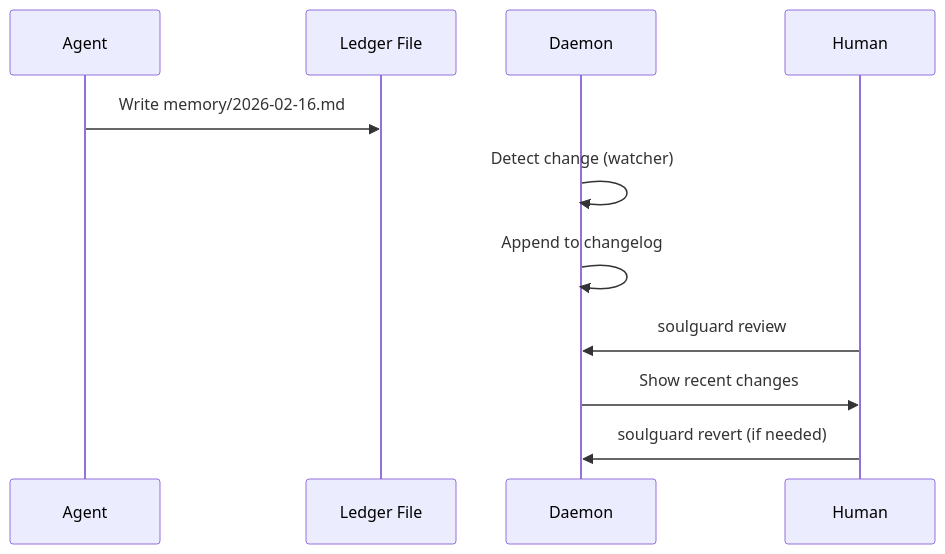
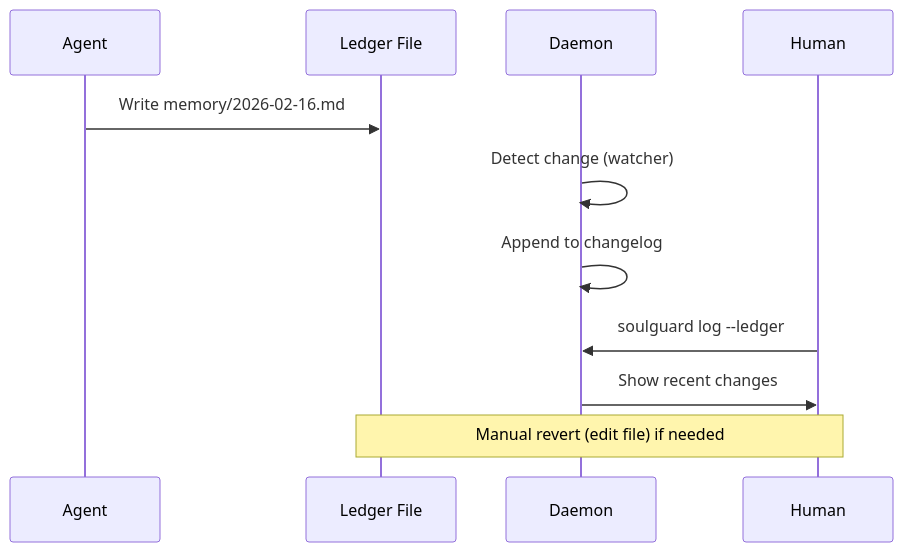
One commit to Mirascope/soulguard changed the fourth of 4 diagrams in DESIGN.md. Above: the diagram before and after it, drawn with Mermaid. The commit also changed other lines of this file and 3 other files, not shown here.

````diff
--- a/DESIGN.md
+++ b/DESIGN.md
@@ -364,14 +432,14 @@
 ```mermaid
 sequenceDiagram
     participant A as Agent
     participant L as Ledger File
     participant D as Daemon
     participant H as Human
 
     A->>L: Write memory/2026-02-16.md
     D->>D: Detect change (watcher)
     D->>D: Append to changelog
-    H->>D: soulguard review
+    H->>D: soulguard log --ledger
     D->>H: Show recent changes
-    H->>D: soulguard revert (if needed)
+    Note over H,L: Manual revert (edit file) if needed
 ```
````
